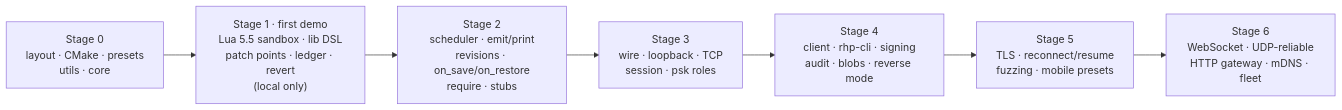
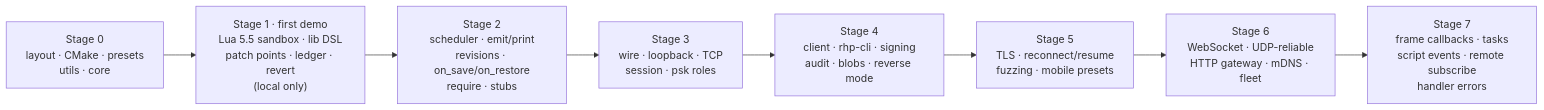
Before and after one commit to tonytranrp/RHP: diagram 14 of 14 in Docs/ARCHITECTURE.md, drawn with Mermaid. The commit also changed other lines of this file and 22 other files, not shown here.

````diff
--- a/Docs/ARCHITECTURE.md
+++ b/Docs/ARCHITECTURE.md
@@ -959,9 +965,10 @@
 ```mermaid
 flowchart LR
     S0["Stage 0<br/>layout · CMake · presets<br/>utils · core"] --> S1["Stage 1 · first demo<br/>Lua 5.5 sandbox · lib DSL<br/>patch points · ledger · revert<br/>(local only)"]
     S1 --> S2["Stage 2<br/>scheduler · emit/print<br/>revisions · on_save/on_restore<br/>require · stubs"]
     S2 --> S3["Stage 3<br/>wire · loopback · TCP<br/>session · psk roles"]
     S3 --> S4["Stage 4<br/>client · rhp-cli · signing<br/>audit · blobs · reverse mode"]
     S4 --> S5["Stage 5<br/>TLS · reconnect/resume<br/>fuzzing · mobile presets"]
     S5 --> S6["Stage 6<br/>WebSocket · UDP-reliable<br/>HTTP gateway · mDNS · fleet"]
+    S6 --> S7["Stage 7<br/>frame callbacks · tasks<br/>script events · remote subscribe<br/>handler errors"]
 ```
````
